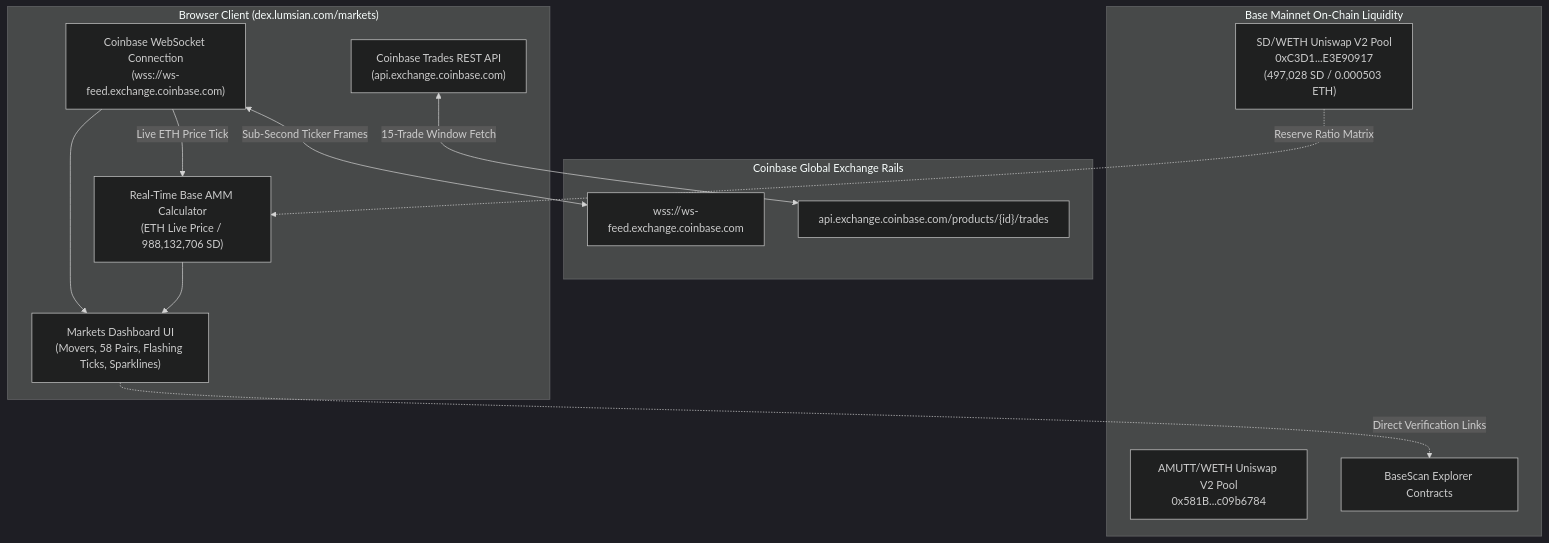
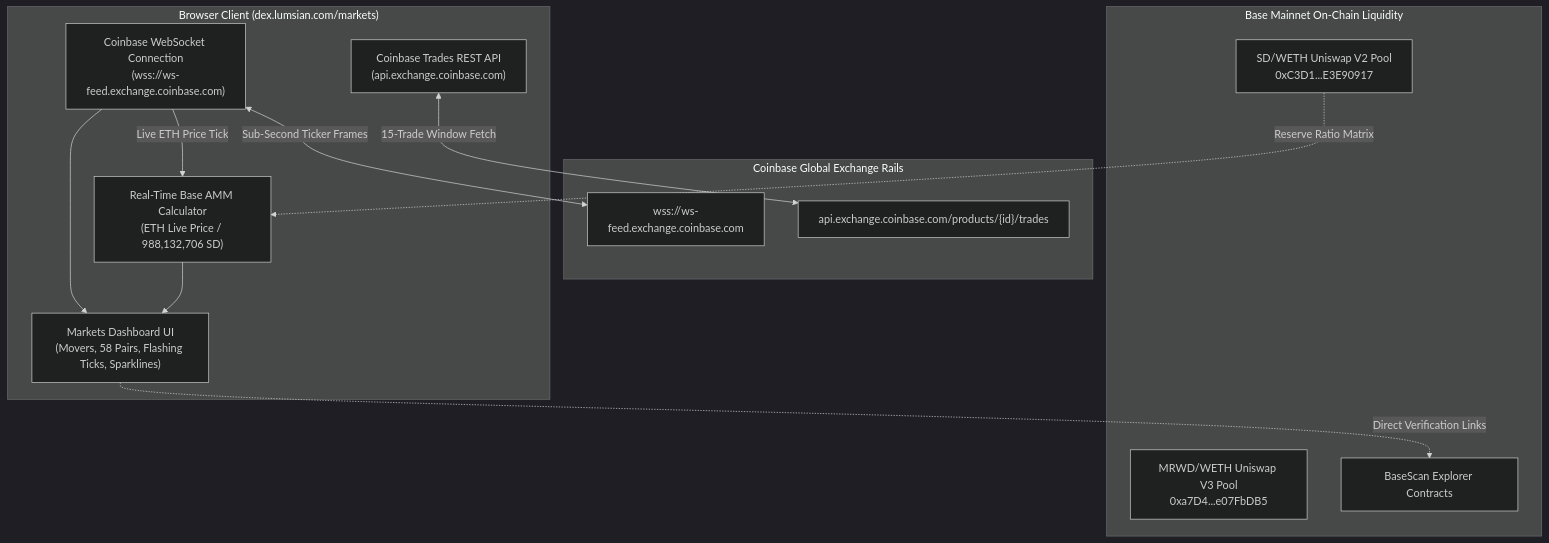
One commit to rickrichi/shaggy-dogg-dex changed the diagram in docs/PERMANENT_REALTIME_MARKETS_STREAMING_UPDATE_2026-10-11.md. Above: the diagram before and after it, drawn with Mermaid (dark theme). The commit also changed other lines of this file and 67 other files, not shown here.

````diff
--- a/docs/PERMANENT_REALTIME_MARKETS_STREAMING_UPDATE_2026-10-11.md
+++ b/docs/PERMANENT_REALTIME_MARKETS_STREAMING_UPDATE_2026-10-11.md
@@ -33,28 +33,28 @@
 ```mermaid
 flowchart TD
     subgraph BrowserClient["Browser Client (dex.lumsian.com/markets)"]
         WS["Coinbase WebSocket Connection\n(wss://ws-feed.exchange.coinbase.com)"]
         REST["Coinbase Trades REST API\n(api.exchange.coinbase.com)"]
         Calculator["Real-Time Base AMM Calculator\n(ETH Live Price / 988,132,706 SD)"]
         UI["Markets Dashboard UI\n(Movers, 58 Pairs, Flashing Ticks, Sparklines)"]
     end
 
     subgraph CoinbaseFeed["Coinbase Global Exchange Rails"]
         CBWS["wss://ws-feed.exchange.coinbase.com"]
         CBREST["api.exchange.coinbase.com/products/{id}/trades"]
     end
 
     subgraph BaseMainnet["Base Mainnet On-Chain Liquidity"]
-        SDPool["SD/WETH Uniswap V2 Pool\n0xC3D1...E3E90917\n(497,028 SD / 0.000503 ETH)"]
-        AMUTTPool["AMUTT/WETH Uniswap V2 Pool\n0x581B...c09b6784"]
+        SDPool["SD/WETH Uniswap V2 Pool\n0xC3D1...E3E90917"]
+        MRWDPool["MRWD/WETH Uniswap V3 Pool\n0xa7D4...e07FbDB5"]
         BaseScan["BaseScan Explorer Contracts"]
     end
 
     WS <-->|Sub-Second Ticker Frames| CBWS
     REST <-->|15-Trade Window Fetch| CBREST
     WS -->|Live ETH Price Tick| Calculator
     SDPool -.->|Reserve Ratio Matrix| Calculator
     Calculator --> UI
     WS --> UI
     UI -.->|Direct Verification Links| BaseScan
 ```
````
